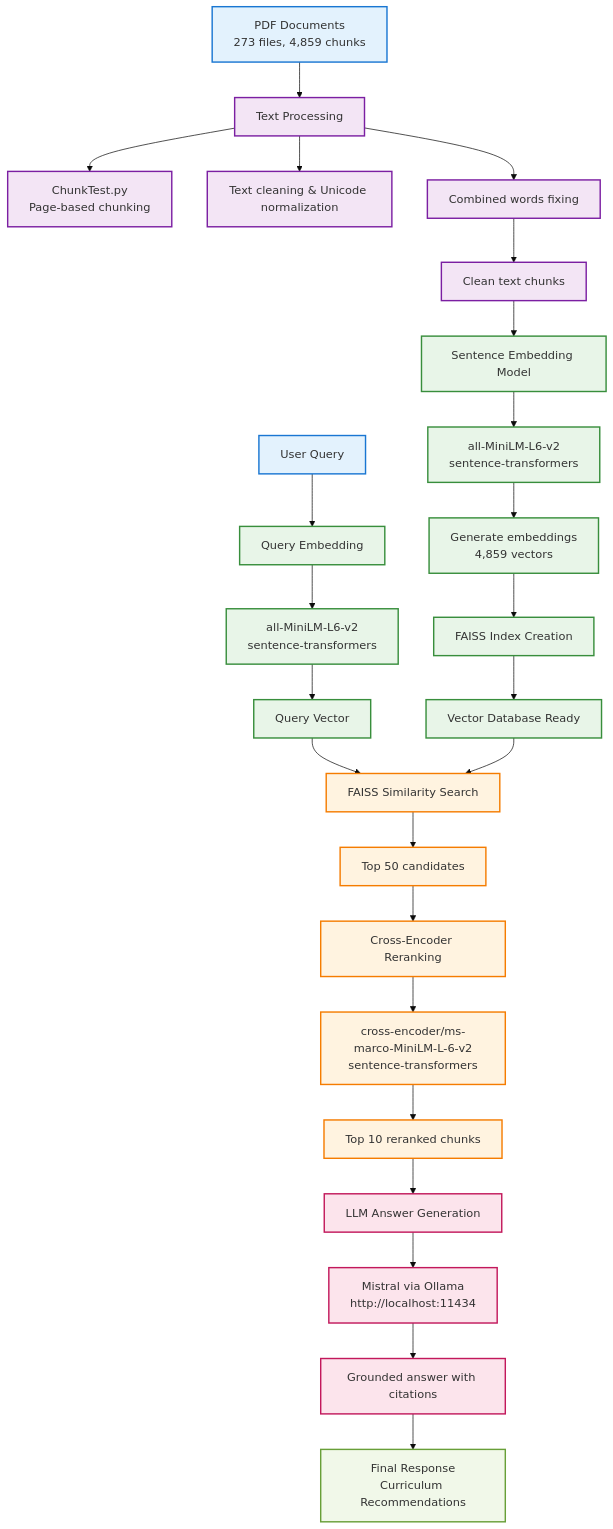
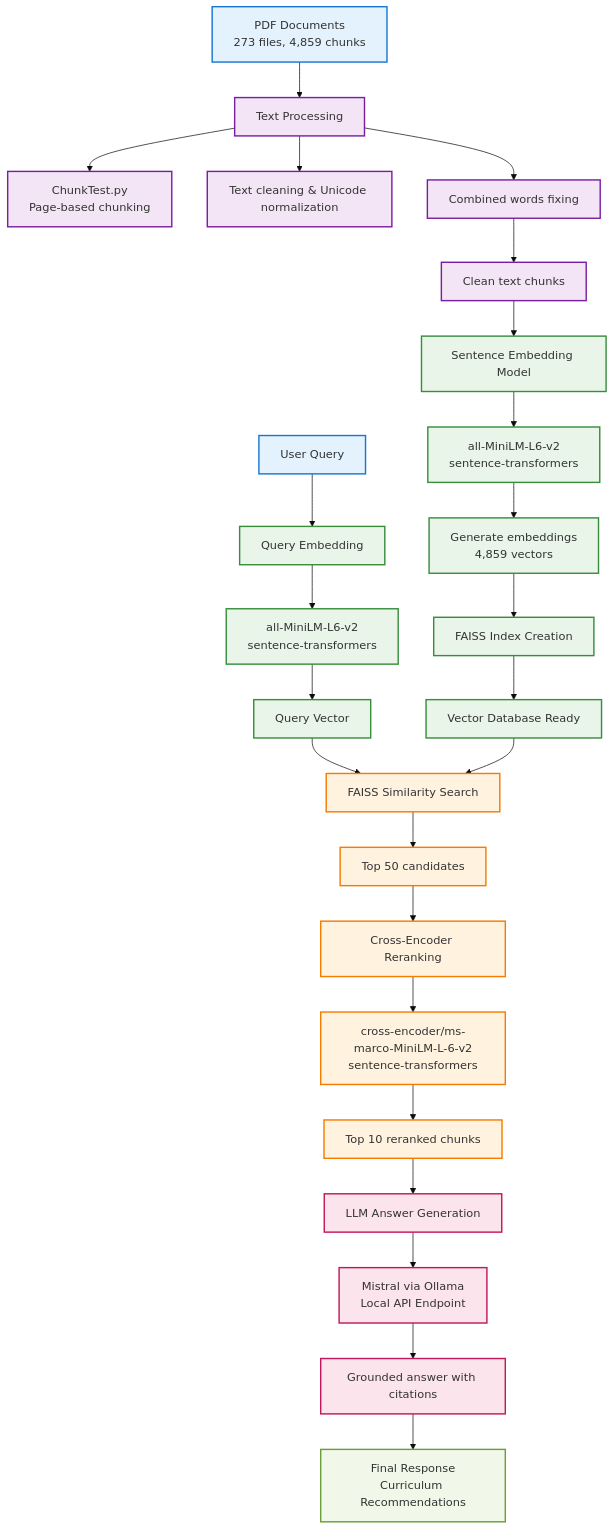
One commit to kevinmastascusa/scaffold_ai changed the first of 6 diagrams in documentation/model_architecture_diagrams.md. Above: the diagram before and after it, drawn with Mermaid (base theme). The commit also changed other lines of this file and 5 other files, not shown here.

Commit message:
Security fix: Remove localhost endpoint details from documentation and config

````diff
--- a/documentation/model_architecture_diagrams.md
+++ b/documentation/model_architecture_diagrams.md
@@ -9,56 +9,56 @@
 ```mermaid
 flowchart TD
     %% Input Stage
     A[PDF Documents<br/>273 files, 4,859 chunks] --> B[Text Processing]
     
     %% Text Processing Stage
     B --> B1[ChunkTest.py<br/>Page-based chunking]
     B --> B2[Text cleaning & Unicode normalization]
     B --> B3[Combined words fixing]
     B3 --> B4[Clean text chunks]
     
     %% Embedding Stage
     B4 --> C[Sentence Embedding Model]
     C --> C1[all-MiniLM-L6-v2<br/>sentence-transformers]
     C1 --> C2[Generate embeddings<br/>4,859 vectors]
     C2 --> C3[FAISS Index Creation]
     C3 --> C4[Vector Database Ready]
     
     %% Query Processing Stage
     D[User Query] --> E[Query Embedding]
     E --> E1[all-MiniLM-L6-v2<br/>sentence-transformers]
     E1 --> E2[Query Vector]
     
     %% Retrieval Stage
     E2 --> F[FAISS Similarity Search]
     C4 --> F
     F --> F1[Top 50 candidates]
     
     %% Reranking Stage
     F1 --> G[Cross-Encoder Reranking]
     G --> G1[cross-encoder/ms-marco-MiniLM-L-6-v2<br/>sentence-transformers]
     G1 --> G2[Top 10 reranked chunks]
     
     %% LLM Answer Generation
     G2 --> H[LLM Answer Generation]
-    H --> H1[Mistral via Ollama<br/>http://localhost:11434]
+    H --> H1[Mistral via Ollama<br/>Local API Endpoint]
     H1 --> H2[Grounded answer with citations]
     
     %% Output
     H2 --> I[Final Response<br/>Curriculum Recommendations]
     
     %% Styling
     classDef input fill:#e3f2fd,stroke:#1976d2,stroke-width:2px
     classDef processing fill:#f3e5f5,stroke:#7b1fa2,stroke-width:2px
     classDef embedding fill:#e8f5e8,stroke:#388e3c,stroke-width:2px
     classDef retrieval fill:#fff3e0,stroke:#f57c00,stroke-width:2px
     classDef llm fill:#fce4ec,stroke:#c2185b,stroke-width:2px
     classDef output fill:#f1f8e9,stroke:#689f38,stroke-width:2px
     
     class A,D input
     class B,B1,B2,B3,B4 processing
     class C,C1,C2,C3,C4,E,E1,E2 embedding
     class F,F1,G,G1,G2 retrieval
     class H,H1,H2 llm
     class I output
 ```
````
